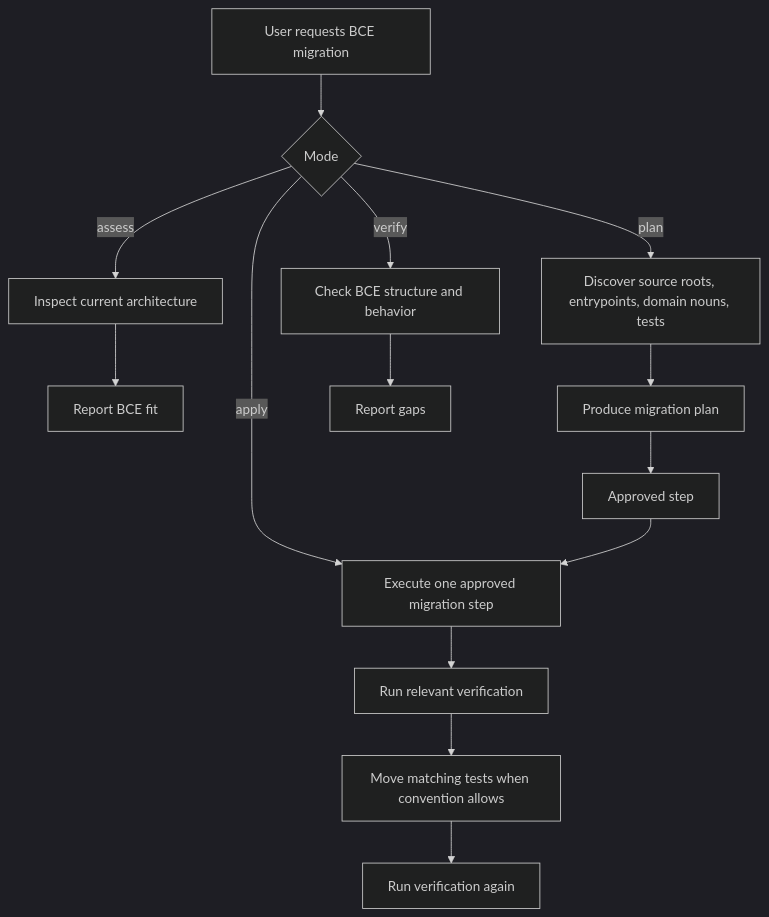
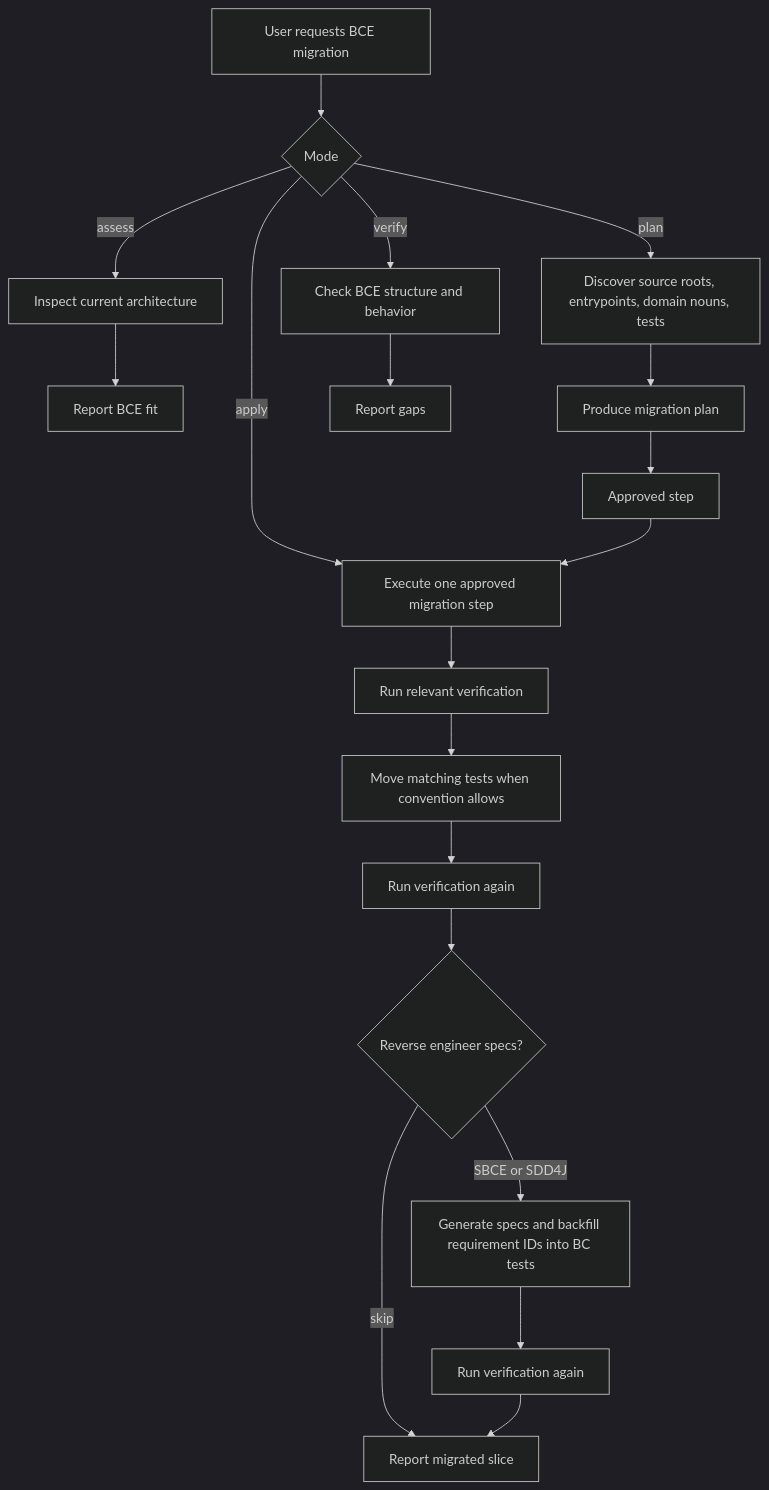
Before and after one commit to dearrudam/agent-skills-01: the first of 2 diagrams in skills/migrate-to-bce/README.md, drawn with Mermaid (dark theme). The commit also changed other lines of this file and 2 other files, not shown here.

Commit message:
docs(migrate-to-bce): add test ID backfill

````diff
--- a/skills/migrate-to-bce/README.md
+++ b/skills/migrate-to-bce/README.md
@@ -11,16 +11,21 @@
 ```mermaid
 flowchart TD
   A[User requests BCE migration] --> B{Mode}
   B -->|assess| C[Inspect current architecture]
   B -->|plan| D[Discover source roots, entrypoints, domain nouns, tests]
   B -->|apply| E[Execute one approved migration step]
   B -->|verify| F[Check BCE structure and behavior]
   C --> G[Report BCE fit]
   D --> H[Produce migration plan]
   H --> I[Approved step]
   I --> E
   E --> J[Run relevant verification]
   J --> K[Move matching tests when convention allows]
   K --> L[Run verification again]
+  L --> N{Reverse engineer specs?}
+  N -->|SBCE or SDD4J| O[Generate specs and backfill requirement IDs into BC tests]
+  O --> P[Run verification again]
+  N -->|skip| Q[Report migrated slice]
+  P --> Q
   F --> M[Report gaps]
 ```
````
